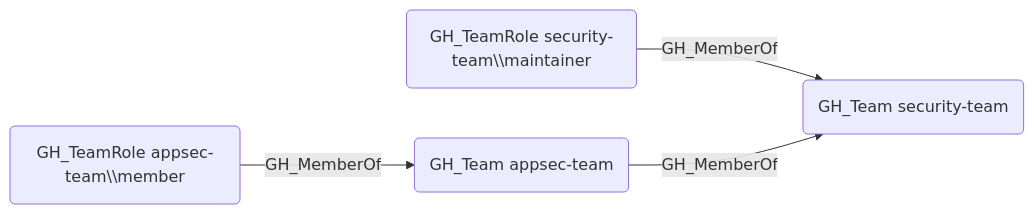
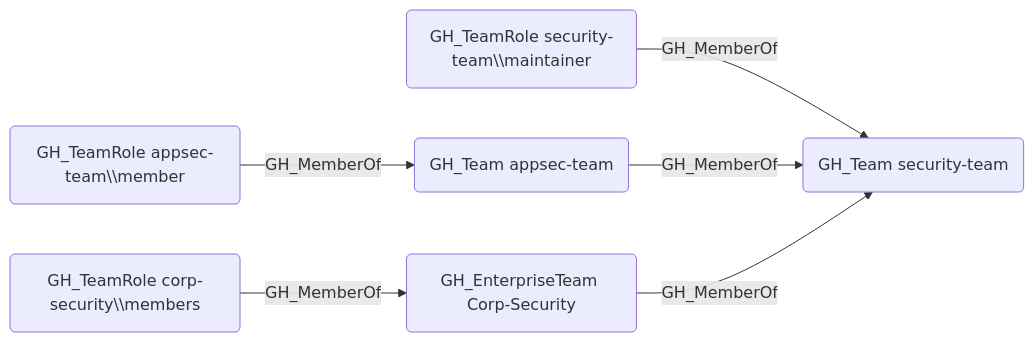
One commit to SpecterOps/GitHound changed the diagram in Documentation/EdgeDescriptions/GH_MemberOf.md. Above: the diagram before and after it, drawn with Mermaid. The commit also changed other lines of this file and 10 other files, not shown here.

````diff
--- a/Documentation/EdgeDescriptions/GH_MemberOf.md
+++ b/Documentation/EdgeDescriptions/GH_MemberOf.md
@@ -12,10 +12,14 @@
 ```mermaid
 graph LR
     teamRole1("GH_TeamRole security-team\\maintainer")
     teamRole2("GH_TeamRole appsec-team\\member")
+    entTeamRole("GH_TeamRole corp-security\\members")
     childTeam("GH_Team appsec-team")
     parentTeam("GH_Team security-team")
+    entTeam("GH_EnterpriseTeam Corp-Security")
     teamRole1 -- GH_MemberOf --> parentTeam
     teamRole2 -- GH_MemberOf --> childTeam
     childTeam -- GH_MemberOf --> parentTeam
+    entTeamRole -- GH_MemberOf --> entTeam
+    entTeam -- GH_MemberOf --> parentTeam
 ```
````
